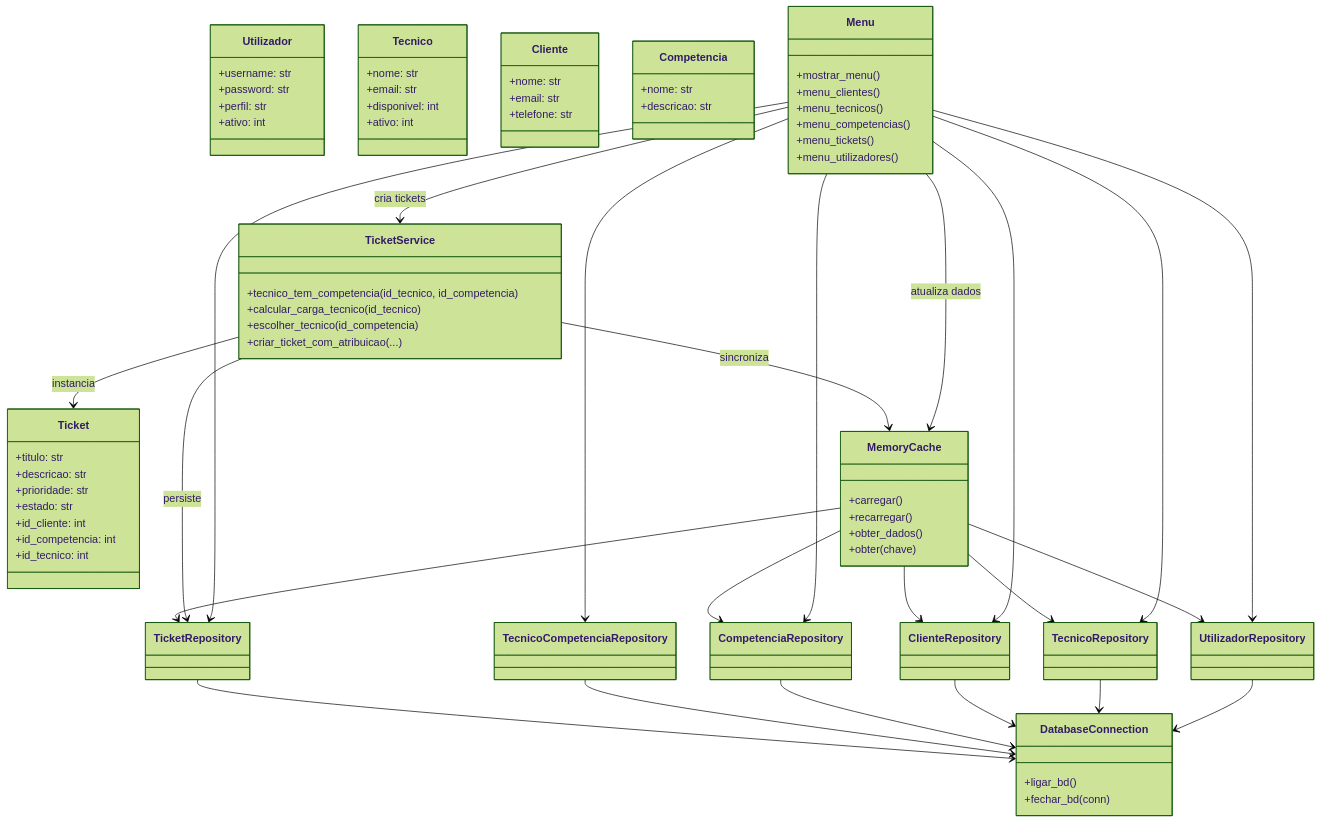
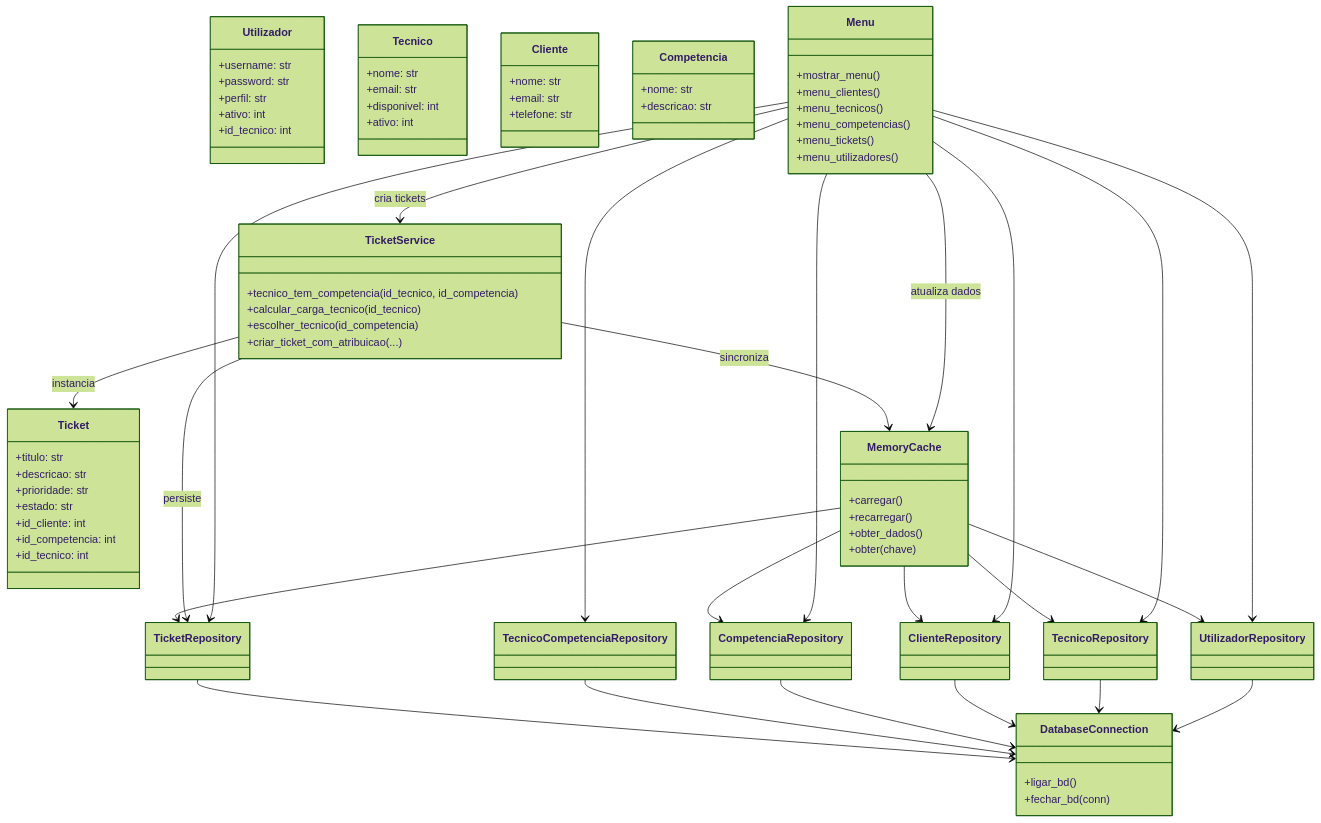
Before and after one commit to eliaspc2/picoITSM: the first of 2 diagrams in docs/04_diagrama_classes.md, drawn with Mermaid (forest theme). The commit also changed 15 other files, not shown here.

```diff
--- a/docs/04_diagrama_classes.md
+++ b/docs/04_diagrama_classes.md
@@ -13,6 +13,7 @@
         +password: str
         +perfil: str
         +ativo: int
+        +id_tecnico: int
     }
 
     class Tecnico {
```
